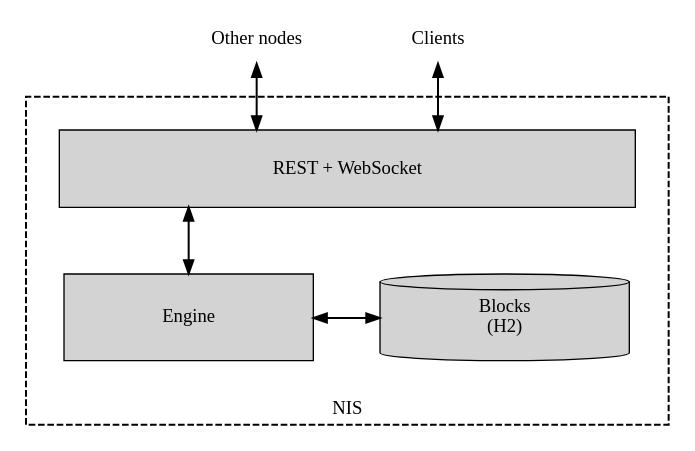
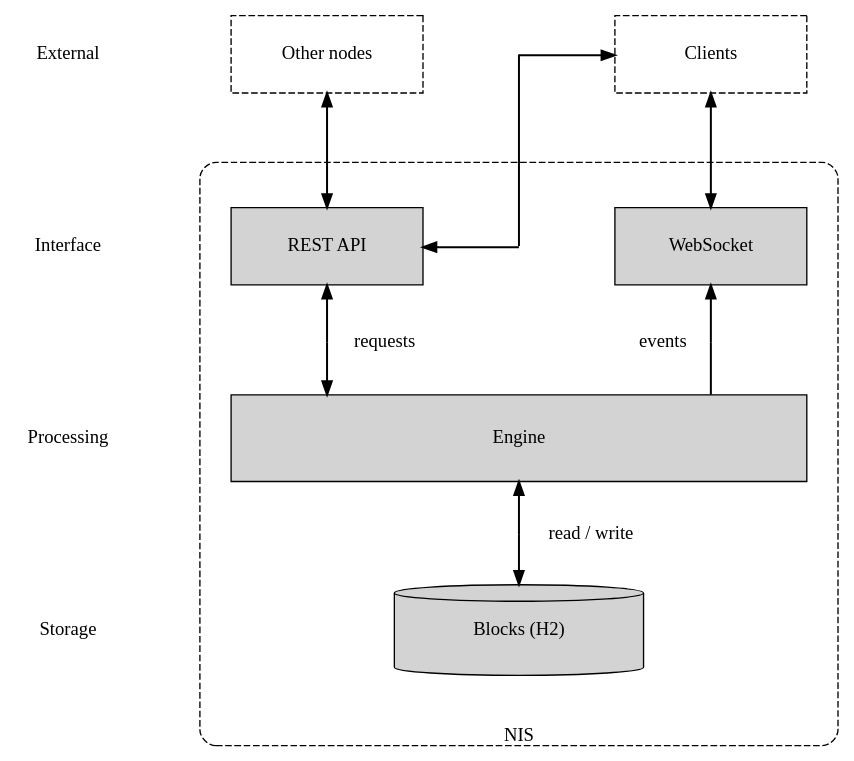
One commit to NemProject/nem changed the first of 2 diagrams in mkdocs/pages/en/textbook/nodes.md. Above: the diagram before and after it, drawn with Graphviz. The commit also changed other lines of this file and 22 other files, not shown here.

````diff
--- a/mkdocs/pages/en/textbook/nodes.md
+++ b/mkdocs/pages/en/textbook/nodes.md
@@ -28,39 +30,66 @@
 ```dot
 digraph NemNode {
-    compound=true;
+    layout=neato;
     splines=ortho;
-    nodesep=0.7;
-    ranksep=0.7;
     node [shape=box];
     edge [penwidth=1.5 dir=both];
 
+    // Layer labels
+    LblExt  [label="External"   shape=plain pos="-1.7,6!"];
+    LblInt  [label="Interface"  shape=plain pos="-1.7,4!"];
+    LblProc [label="Processing" shape=plain pos="-1.7,2!"];
+    LblStor [label="Storage"    shape=plain pos="-1.7,0!"];
+
     // External actors
-    OtherNodes [label="Other nodes" shape=plaintext];
-    Clients    [label="Clients" shape=plaintext];
+    OtherNodes [label="Other nodes" style=dashed fixedsize=true width=2 height=0.8 pos="1,6!"];
+    Clients    [label="Clients" style=dashed fixedsize=true width=2 height=0.8 pos="5,6!"];
 
     subgraph cluster_nis {
-        label="NIS";
-        labelloc=b;
-        labeljust=c;
-        style=dashed;
-        penwidth=1.5;
-        margin=25;
+        label="";
+        style="rounded,dashed";
 
         // Core components
-        REST   [label="REST + WebSocket" style=filled fixedsize=true width=6.0 height=0.8 URL="#rest-api"];
-        Engine [label="Engine" style=filled width=2.6 height=0.9 URL="#engine"];
-        H2     [label="Blocks\n(H2)" style=filled width=2.6 height=0.9 shape=cylinder URL="#database"];
+        REST      [label="REST API" style=filled fixedsize=true width=2 height=0.8 pos="1,4!" URL="#rest-api"];
+        WebSocket [label="WebSocket" style=filled fixedsize=true width=2 height=0.8 pos="5,4!" URL="#websocket"];
+        Engine    [label="Engine" style=filled fixedsize=true width=6 height=0.9 pos="3,2!" URL="#engine"];
+        H2        [label="Blocks (H2)" style=filled shape=cylinder fixedsize=true width=2.6 height=0.95 pos="3,0!" URL="#database"];
+        NISLabel  [label="NIS" shape=plain pos="3,-1.1!"];
 
-        { rank=same; Engine; H2; }
+        // Invisible spacers so the NIS box fully encloses REST and WebSocket
+        spcL [shape=point style=invis pos="-0.3,4.85!"];
+        spcR [shape=point style=invis pos="6.3,4.85!"];
+    }
 
-        // Internal connections
-        REST -> Engine;
-        REST -> H2 [style=invis];
-        Engine -> H2;
-    }
+    // Midpoint waypoints pin the three Engine arrows to straight verticals,
+    // so the labels beside them cannot deflect the arrows off-centre
+    pR [shape=point width=0.01 style=invis pos="1,3.0!"];
+    pW [shape=point width=0.01 style=invis pos="5,3.0!"];
+    pB [shape=point width=0.01 style=invis pos="3,1.0!"];
+
+    // Waypoints for the squared Clients <-> REST route
+    cw1 [shape=point width=0 style=invis pos="3,4!"];
+    cw2 [shape=point width=0 style=invis pos="3,6!"];
+
+    // Labels sit right beside their arrows
+    reqLbl [label="requests" shape=plain pos="1.6,3.0!"];
+    evtLbl [label="events"   shape=plain pos="4.5,3.0!"];
+    rwLbl  [label="read / write" shape=plain pos="3.75,1.0!"];
 
     // External connections
     OtherNodes -> REST;
-    Clients -> REST;
+    Clients -> WebSocket;
+
+    // Internal connections, pinned straight through the waypoints
+    REST -> pR [dir=back headclip=false];
+    pR -> Engine [dir=forward tailclip=false];
+    WebSocket -> pW [dir=back headclip=false];
+    pW -> Engine [dir=none tailclip=false];
+    Engine -> pB [dir=back headclip=false];
+    pB -> H2 [dir=forward tailclip=false];
+
+    // Clients reach the REST API too: out of REST's right side, into the left of Clients
+    REST:e -> cw1 [dir=back];
+    cw1 -> cw2 [dir=none];
+    cw2 -> Clients:w [dir=forward];
 }
 ```
````
